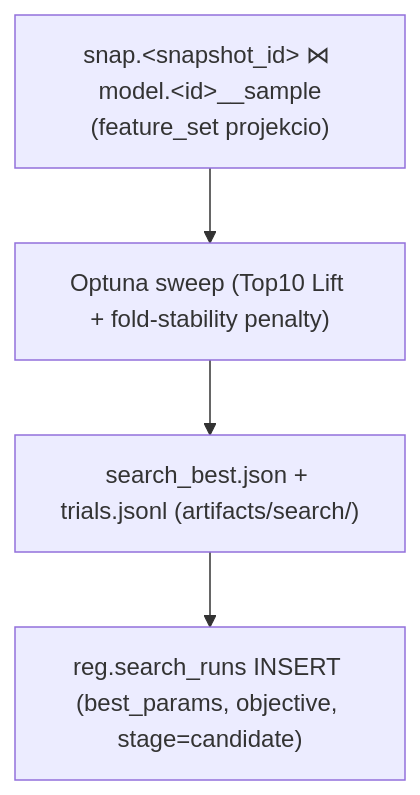
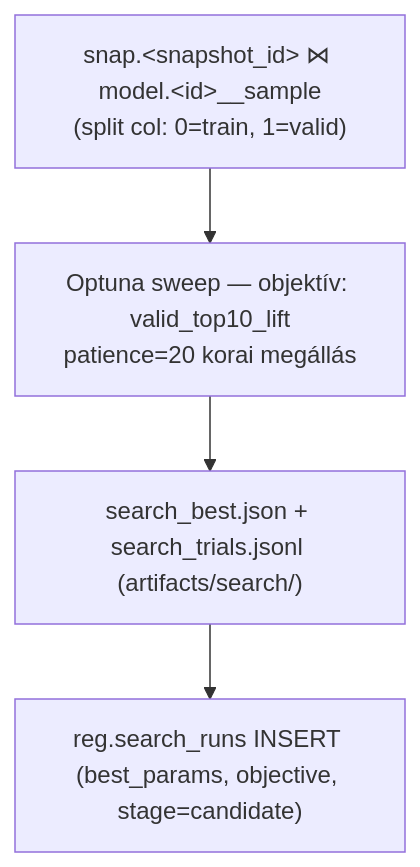
The fifth of 10 diagrams in _doc_/database_and_code_doc/0004_model_lifecycle.md (Nemesis14/chronoquant), drawn with Mermaid before and after one commit. The commit also changed other lines of this file and 1415 other files, not shown here.

````diff
--- a/_doc_/database_and_code_doc/0004_model_lifecycle.md
+++ b/_doc_/database_and_code_doc/0004_model_lifecycle.md
@@ -135,9 +143,9 @@
 ```mermaid
 flowchart TD
-  TV["snap.&lt;snapshot_id&gt; ⋈ model.&lt;id&gt;__sample\n(feature_set projekcio)"]
-  OPT["Optuna sweep (Top10 Lift + fold-stability penalty)"]
-  BEST["search_best.json + trials.jsonl (artifacts/search/)"]
+  TV["snap.&lt;snapshot_id&gt; ⋈ model.&lt;id&gt;__sample\n(split col: 0=train, 1=valid)"]
+  OPT["Optuna sweep — objektív: valid_top10_lift\npatience=20 korai megállás"]
+  BEST["search_best.json + search_trials.jsonl (artifacts/search/)"]
   SR["reg.search_runs INSERT (best_params, objective, stage=candidate)"]
 
   TV --> OPT --> BEST --> SR
 ```
````
